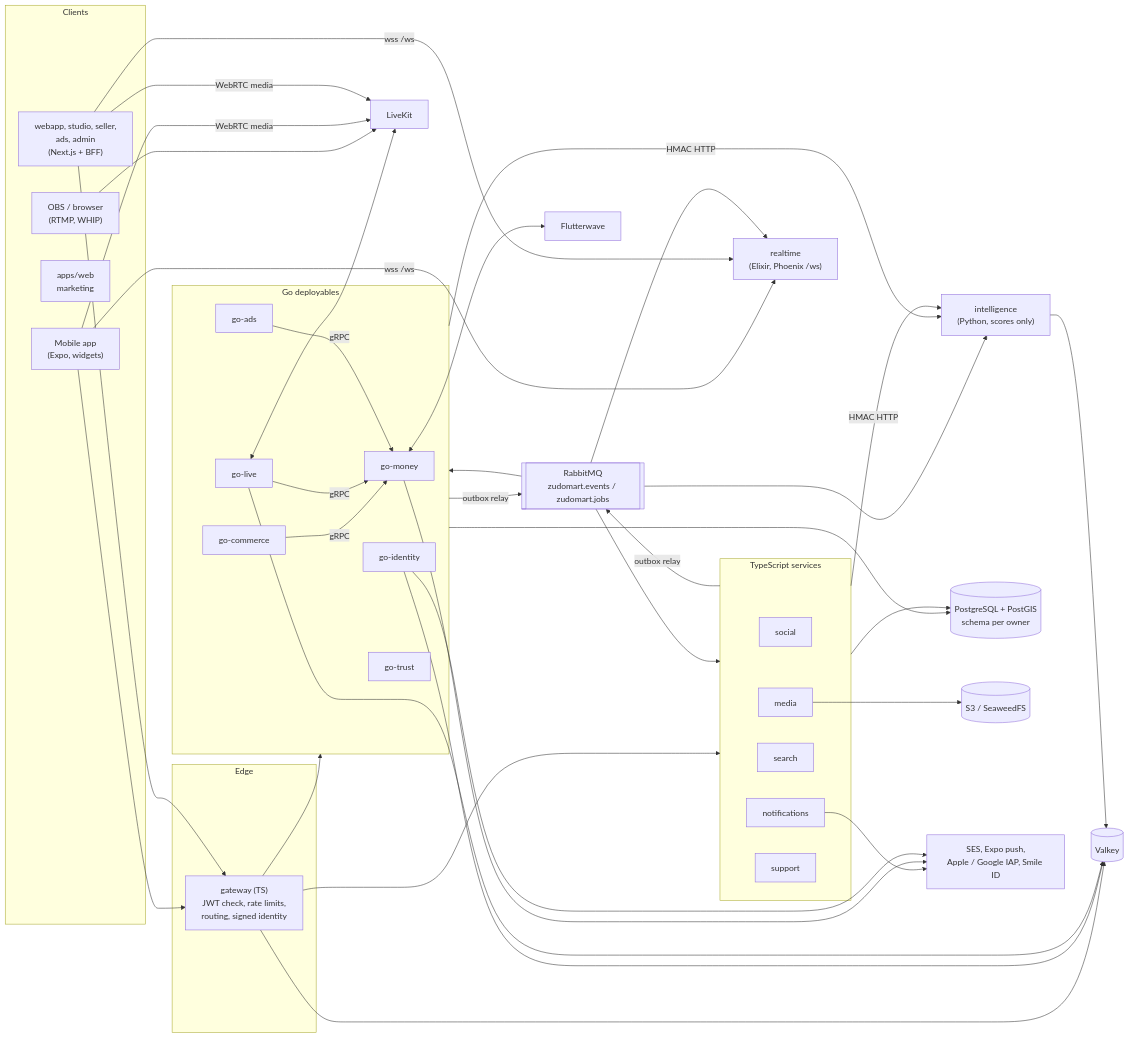
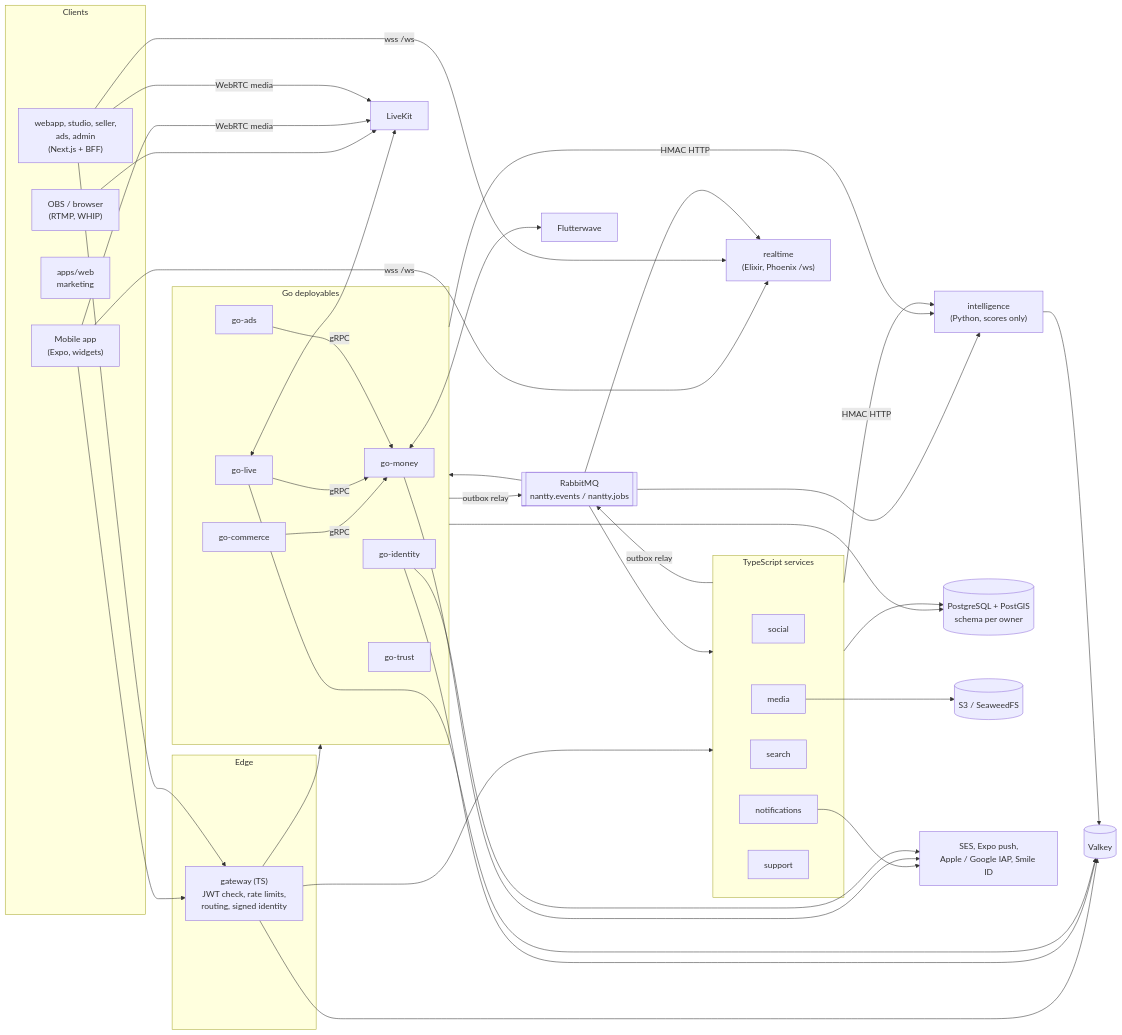
Before and after one commit to telente-technologies/nantty: the first of 5 diagrams in docs/architecture/system.md, drawn with Mermaid. The commit also changed other lines of this file and 46 other files, not shown here.

Commit message:
docs: rebrand and update architecture, database, and integration guides

````diff
--- a/docs/architecture/system.md
+++ b/docs/architecture/system.md
@@ -9,58 +9,58 @@
 ```mermaid
 flowchart LR
   subgraph Clients
     MOB["Mobile app<br/>(Expo, widgets)"]
     NEXT["webapp, studio, seller,<br/>ads, admin<br/>(Next.js + BFF)"]
     WEB["apps/web<br/>marketing"]
     OBS["OBS / browser<br/>(RTMP, WHIP)"]
   end
 
   subgraph Edge
     GW["gateway (TS)<br/>JWT check, rate limits,<br/>routing, signed identity"]
   end
 
   subgraph Go["Go deployables"]
     IDN["go-identity"]
     COM["go-commerce"]
     MON["go-money"]
     LIV["go-live"]
     ADS["go-ads"]
     TRU["go-trust"]
   end
 
   subgraph TS["TypeScript services"]
     SOC["social"]
     NOT["notifications"]
     SEA["search"]
     MED["media"]
     SUP["support"]
   end
 
   RT["realtime<br/>(Elixir, Phoenix /ws)"]
   PY["intelligence<br/>(Python, scores only)"]
 
   PG[("PostgreSQL + PostGIS<br/>schema per owner")]
-  MQ[["RabbitMQ<br/>zudomart.events / zudomart.jobs"]]
+  MQ[["RabbitMQ<br/>nantty.events / nantty.jobs"]]
   VK[("Valkey")]
   S3[("S3 / SeaweedFS")]
 
   FLW["Flutterwave"]
   LK["LiveKit"]
   EXT["SES, Expo push,<br/>Apple / Google IAP, Smile ID"]
 
   MOB & NEXT --> GW
   MOB & NEXT -- "wss /ws" --> RT
   GW --> Go & TS
   Go & TS --> PG
   Go & TS -- "outbox relay" --> MQ
   MQ --> Go & TS & RT & PY
   Go & TS -- "HMAC HTTP" --> PY
   COM & LIV & ADS -- gRPC --> MON
   MED --> S3
   MON <--> FLW
   LIV <--> LK
   OBS --> LK
   MOB & NEXT -- "WebRTC media" --> LK
   NOT & MON & IDN --> EXT
   GW & IDN & LIV & PY --> VK
 ```
````
